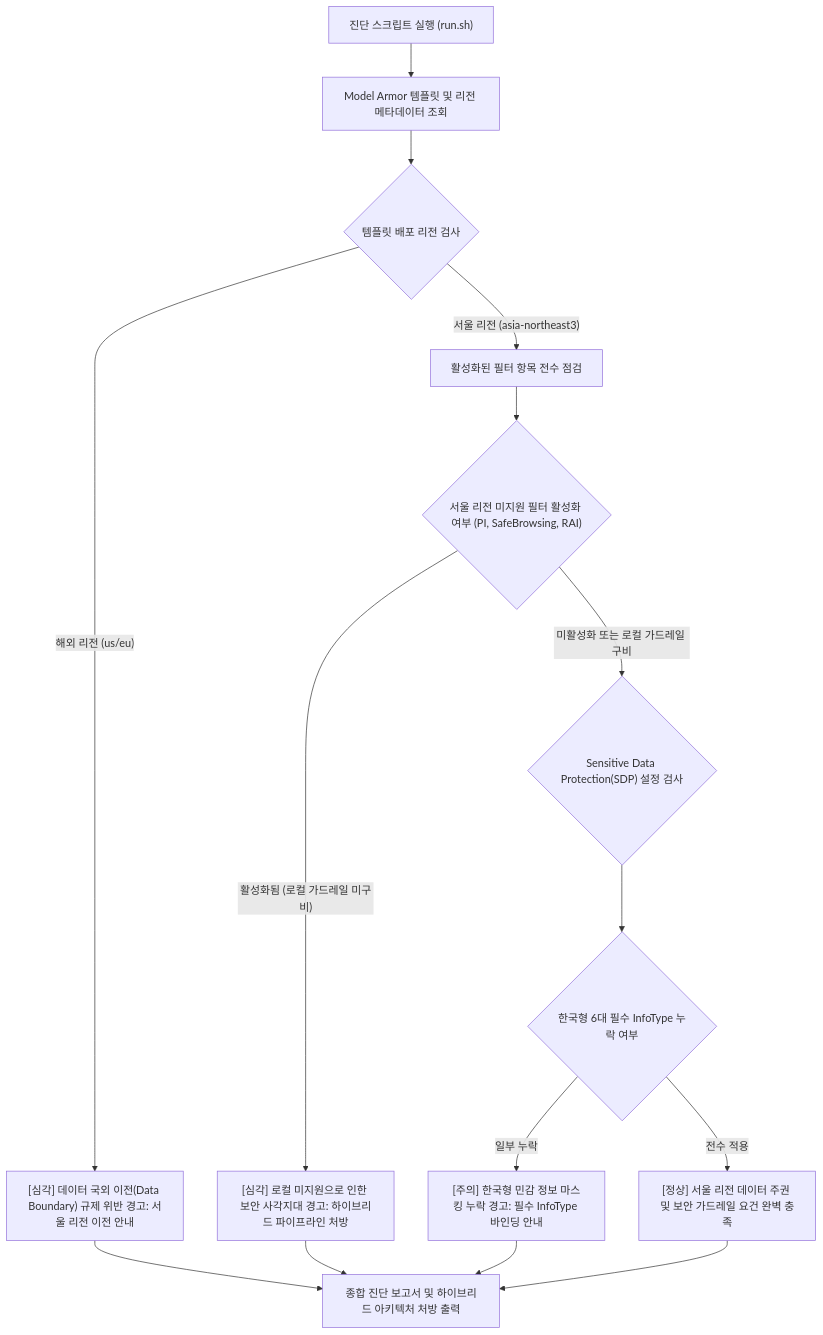
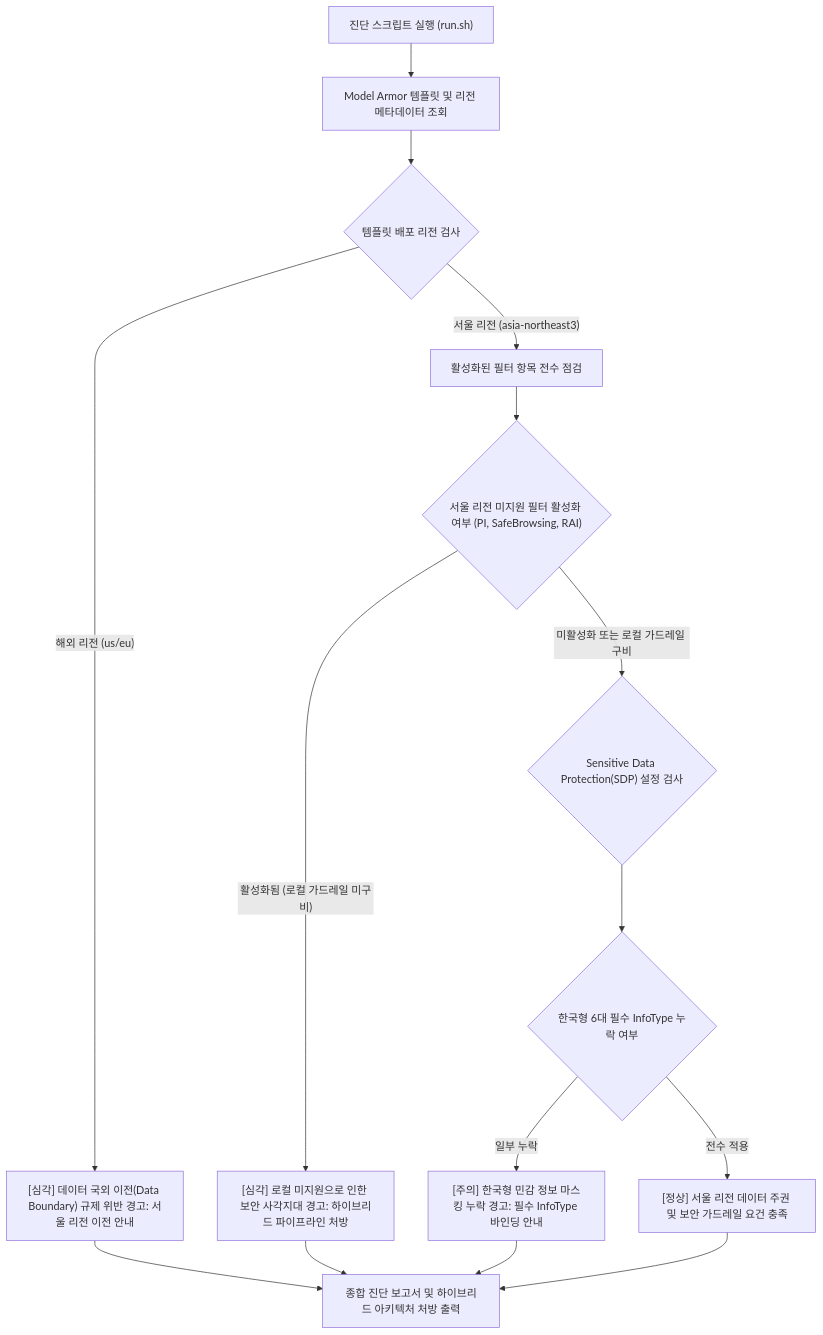
The diagram in samples/model-armor-regional-compliance-guard/README.md (jiangjun-forge/google-cloud-0-to-1), drawn with Mermaid before and after one commit. The commit also changed 19 other files, not shown here.

````diff
--- a/samples/model-armor-regional-compliance-guard/README.md
+++ b/samples/model-armor-regional-compliance-guard/README.md
@@ -37,21 +37,21 @@
 ```mermaid
 flowchart TD
     Start["진단 스크립트 실행 (run.sh)"] --> FetchTemplate["Model Armor 템플릿 및 리전 메타데이터 조회"]
     FetchTemplate --> CheckLocation{"템플릿 배포 리전 검사"}
     
     CheckLocation -->|"해외 리전 (us/eu)"| CriticalResidency["[심각] 데이터 국외 이전(Data Boundary) 규제 위반 경고: 서울 리전 이전 안내"]
     CheckLocation -->|"서울 리전 (asia-northeast3)"| CheckFilters["활성화된 필터 항목 전수 점검"]
     
     CheckFilters --> CheckUnsupported{"서울 리전 미지원 필터 활성화 여부 (PI, SafeBrowsing, RAI)"}
     CheckUnsupported -->|"활성화됨 (로컬 가드레일 미구비)"| CriticalGap["[심각] 로컬 미지원으로 인한 보안 사각지대 경고: 하이브리드 파이프라인 처방"]
     CheckUnsupported -->|"미활성화 또는 로컬 가드레일 구비"| CheckSDP{"Sensitive Data Protection(SDP) 설정 검사"}
     
     CheckSDP --> CheckKoreaInfoTypes{"한국형 6대 필수 InfoType 누락 여부"}
     CheckKoreaInfoTypes -->|"일부 누락"| WarnInfoTypes["[주의] 한국형 민감 정보 마스킹 누락 경고: 필수 InfoType 바인딩 안내"]
-    CheckKoreaInfoTypes -->|"전수 적용"| HealthyPass["[정상] 서울 리전 데이터 주권 및 보안 가드레일 요건 완벽 충족"]
+    CheckKoreaInfoTypes -->|"전수 적용"| HealthyPass["[정상] 서울 리전 데이터 주권 및 보안 가드레일 요건 충족"]
     
     CriticalResidency --> GenerateReport["종합 진단 보고서 및 하이브리드 아키텍처 처방 출력"]
     CriticalGap --> GenerateReport
     WarnInfoTypes --> GenerateReport
     HealthyPass --> GenerateReport
 ```
````
